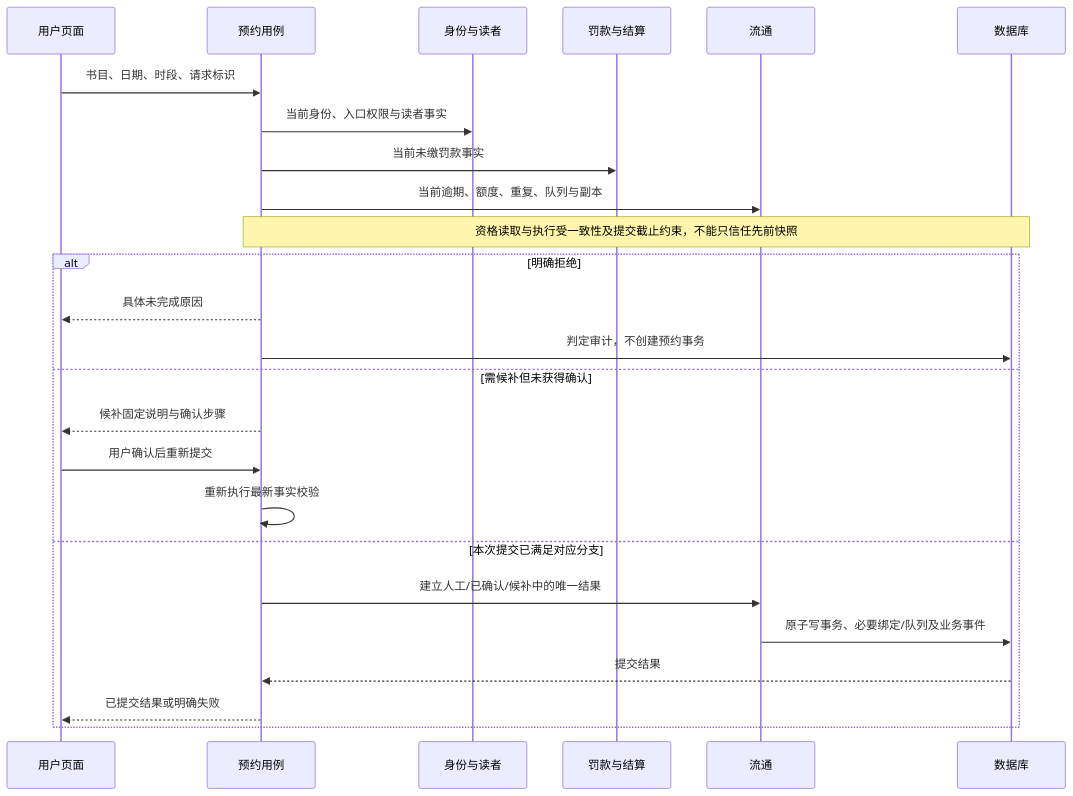
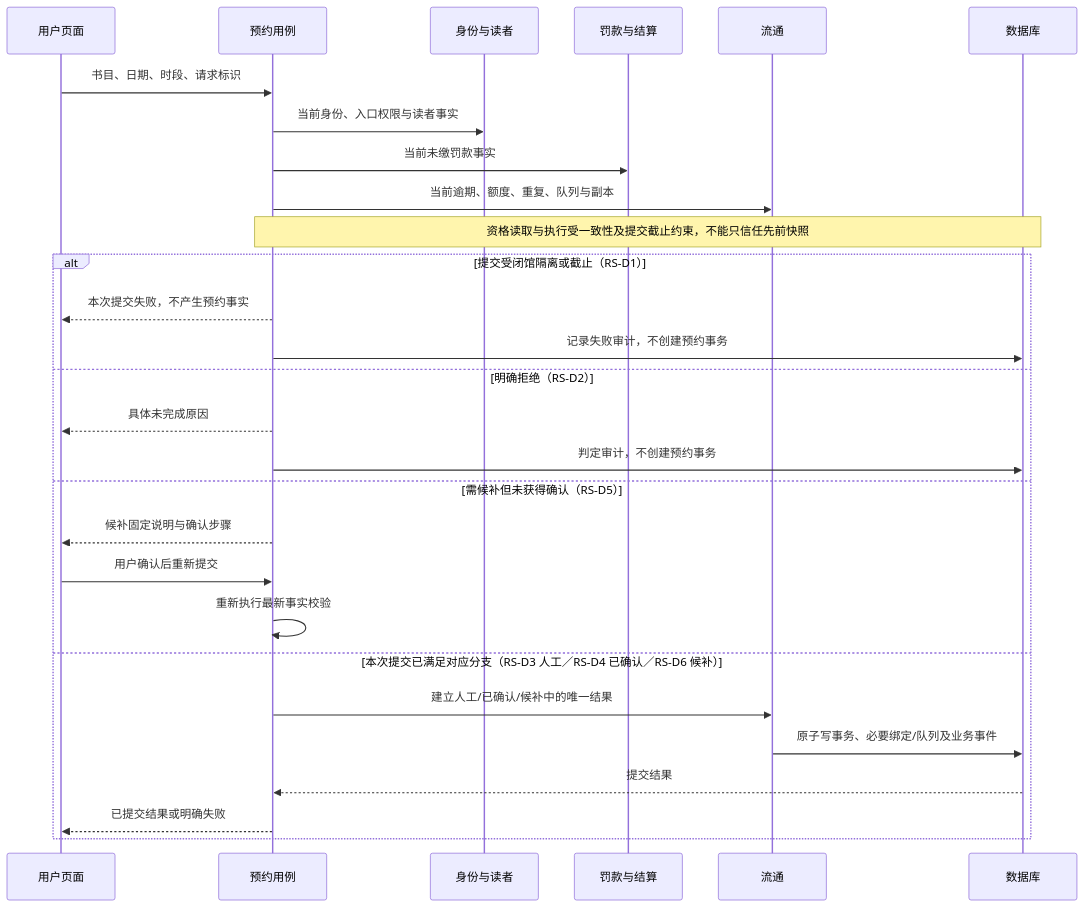
The third of 9 diagrams in docs/02-overall-design/MLS-DOC-OD-0003.md (whitecait/MyLibrarySystem), drawn with Mermaid before and after one commit. The commit also changed other lines of this file and 2 other files, not shown here.

````diff
--- a/docs/02-overall-design/MLS-DOC-OD-0003.md
+++ b/docs/02-overall-design/MLS-DOC-OD-0003.md
@@ -111,27 +130,30 @@
 ```mermaid
 sequenceDiagram
     participant U as 用户页面
     participant E as 预约用例
     participant ID as 身份与读者
     participant F as 罚款与结算
     participant L as 流通
     participant DB as 数据库
     U->>E: 书目、日期、时段、请求标识
     E->>ID: 当前身份、入口权限与读者事实
     E->>F: 当前未缴罚款事实
     E->>L: 当前逾期、额度、重复、队列与副本
     Note over E,DB: 资格读取与执行受一致性及提交截止约束，不能只信任先前快照
-    alt 明确拒绝
+    alt 提交受闭馆隔离或截止（RS-D1）
+        E-->>U: 本次提交失败，不产生预约事实
+        E->>DB: 记录失败审计，不创建预约事务
+    else 明确拒绝（RS-D2）
         E-->>U: 具体未完成原因
         E->>DB: 判定审计，不创建预约事务
-    else 需候补但未获得确认
+    else 需候补但未获得确认（RS-D5）
         E-->>U: 候补固定说明与确认步骤
         U->>E: 用户确认后重新提交
         E->>E: 重新执行最新事实校验
-    else 本次提交已满足对应分支
+    else 本次提交已满足对应分支（RS-D3 人工／RS-D4 已确认／RS-D6 候补）
         E->>L: 建立人工/已确认/候补中的唯一结果
         L->>DB: 原子写事务、必要绑定/队列及业务事件
         DB-->>E: 提交结果
         E-->>U: 已提交结果或明确失败
     end
 ```
````
